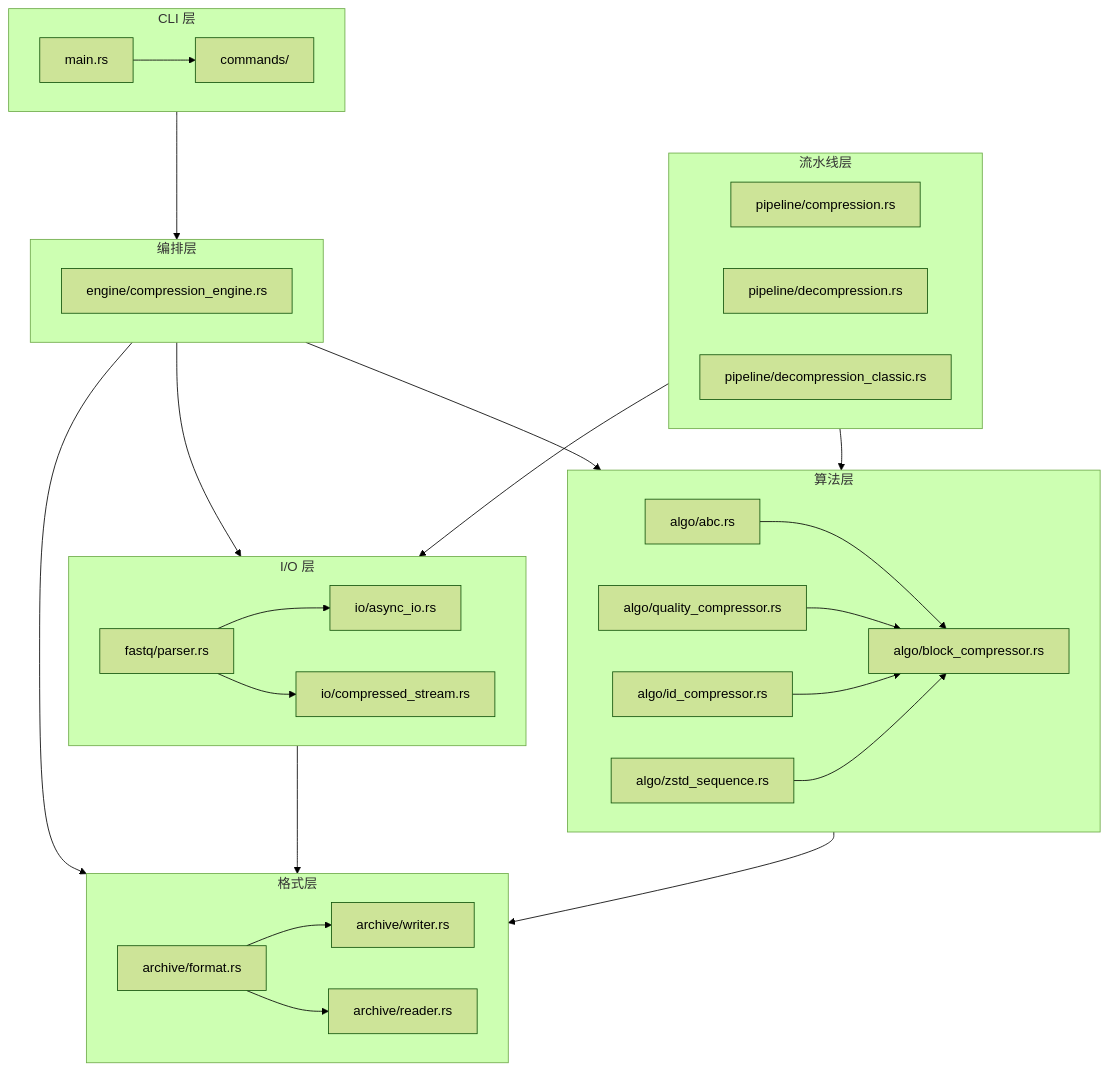
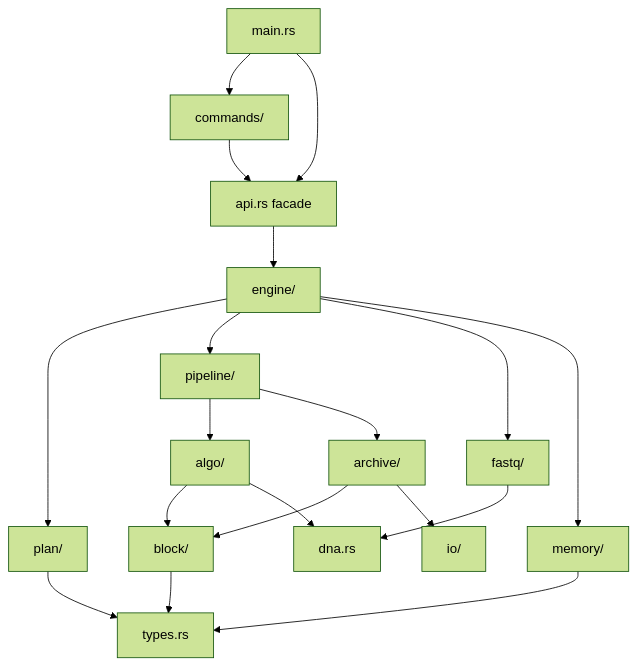
One commit to open-genomics/fq-compressor-rust changed the first of 2 diagrams in docs/explanation/architecture/overview.md. Above: the diagram before and after it, drawn with Mermaid (forest theme). The commit also changed other lines of this file and 87 other files, not shown here.

````diff
--- a/docs/explanation/architecture/overview.md
+++ b/docs/explanation/architecture/overview.md
@@ -7,42 +5,21 @@
 ```mermaid
 flowchart TD
-    subgraph CLI["CLI 层"]
-        M[main.rs] --> CMD[commands/]
-    end
-    
-    subgraph IO["I/O 层"]
-        FP[fastq/parser.rs] --> ASYNC[io/async_io.rs]
-        FP --> CS[io/compressed_stream.rs]
-    end
-    
-    subgraph FORMAT["格式层"]
-        FR[archive/format.rs] --> FW[archive/writer.rs]
-        FR --> FR2[archive/reader.rs]
-    end
-    
-    subgraph ENGINE["编排层"]
-        CE[engine/compression_engine.rs]
-    end
-    
-    subgraph ALGO["算法层"]
-        ABC[algo/abc.rs] --> BC[algo/block_compressor.rs]
-        QC[algo/quality_compressor.rs] --> BC
-        IC[algo/id_compressor.rs] --> BC
-        ZS[algo/zstd_sequence.rs] --> BC
-    end
-    
-    subgraph PIPELINE["流水线层"]
-        PL_COMP[pipeline/compression.rs]
-        PL_DECOMP[pipeline/decompression.rs]
-        PL_DECOMP2[pipeline/decompression_classic.rs]
-    end
-    
-    CLI --> ENGINE
-    ENGINE --> IO
-    ENGINE --> ALGO
-    ENGINE --> FORMAT
-    IO --> FORMAT
-    ALGO --> FORMAT
-    PIPELINE --> ALGO
-    PIPELINE --> IO
+    CLI[main.rs] --> CMD[commands/]
+    CMD --> API[api.rs facade]
+    CLI --> API
+    API --> ENGINE[engine/]
+    ENGINE --> PLAN[plan/]
+    ENGINE --> PIPELINE[pipeline/]
+    ENGINE --> FASTQ[fastq/]
+    ENGINE --> MEMORY[memory/]
+    PIPELINE --> ALGO[algo/]
+    PIPELINE --> ARCHIVE[archive/]
+    ALGO --> BLOCK[block/]
+    ARCHIVE --> BLOCK
+    ARCHIVE --> IO[io/]
+    FASTQ --> DNA[dna.rs]
+    ALGO --> DNA
+    PLAN --> TYPES[types.rs]
+    MEMORY --> TYPES
+    BLOCK --> TYPES
 ```
````
